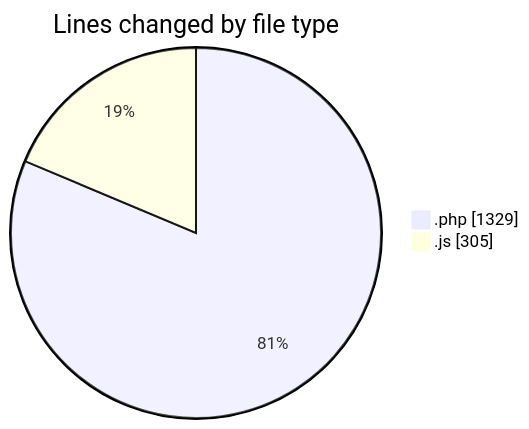
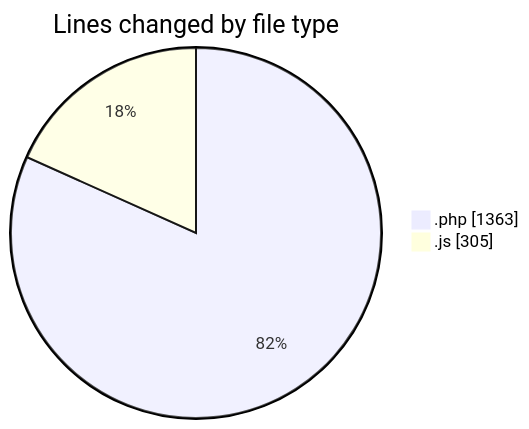
One commit to debugP/code-tracking changed the first of 2 diagrams in 2026-07-28/untitled__workspace_/README.md. Above: the diagram before and after it, drawn with Mermaid. The commit also changed other lines of this file and 1 other file, not shown here.

````diff
--- a/2026-07-28/untitled__workspace_/README.md
+++ b/2026-07-28/untitled__workspace_/README.md
@@ -22,6 +22,6 @@
 ```mermaid
 pie showData
 title Lines changed by file type
-".php" : 1329
+".php" : 1363
 ".js" : 305
 ```
````
